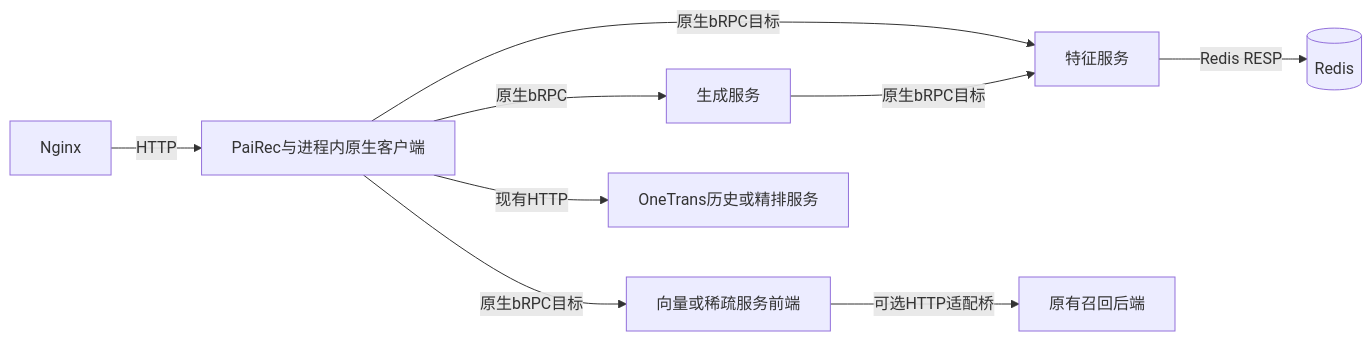
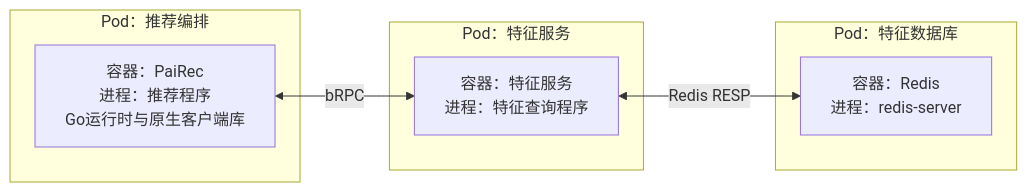
The fourth of 5 diagrams in 06_rpc.md (bitianyuan123/docs), drawn with Mermaid before and after one commit. The commit also changed other lines of this file and 141 other files, not shown here.

Commit message:
docs: audit module views and analyze PaiRec OneTrans Redis workloads

````diff
--- a/06_rpc.md
+++ b/06_rpc.md
@@ -115,11 +130,14 @@
 ```mermaid
 flowchart LR
-    N[Nginx] -->|HTTP| P[PaiRec与进程内原生客户端]
-    P -->|原生bRPC目标| F[特征服务]
-    F -->|Redis RESP| R[(Redis)]
-    P -->|原生bRPC目标| V[向量或稀疏服务前端]
-    V -->|可选HTTP适配桥| B[原有召回后端]
-    P -->|原生bRPC| G[生成服务]
-    G -->|原生bRPC目标| F
-    P -->|现有HTTP| O[OneTrans历史或精排服务]
+    subgraph PP[Pod：推荐编排]
+        P[容器：PaiRec<br/>进程：推荐程序<br/>Go运行时与原生客户端库]
+    end
+    subgraph FP[Pod：特征服务]
+        F[容器：特征服务<br/>进程：特征查询程序]
+    end
+    subgraph RP[Pod：特征数据库]
+        R[容器：Redis<br/>进程：redis-server]
+    end
+    P <-->|bRPC| F
+    F <-->|Redis RESP| R
 ```
````
